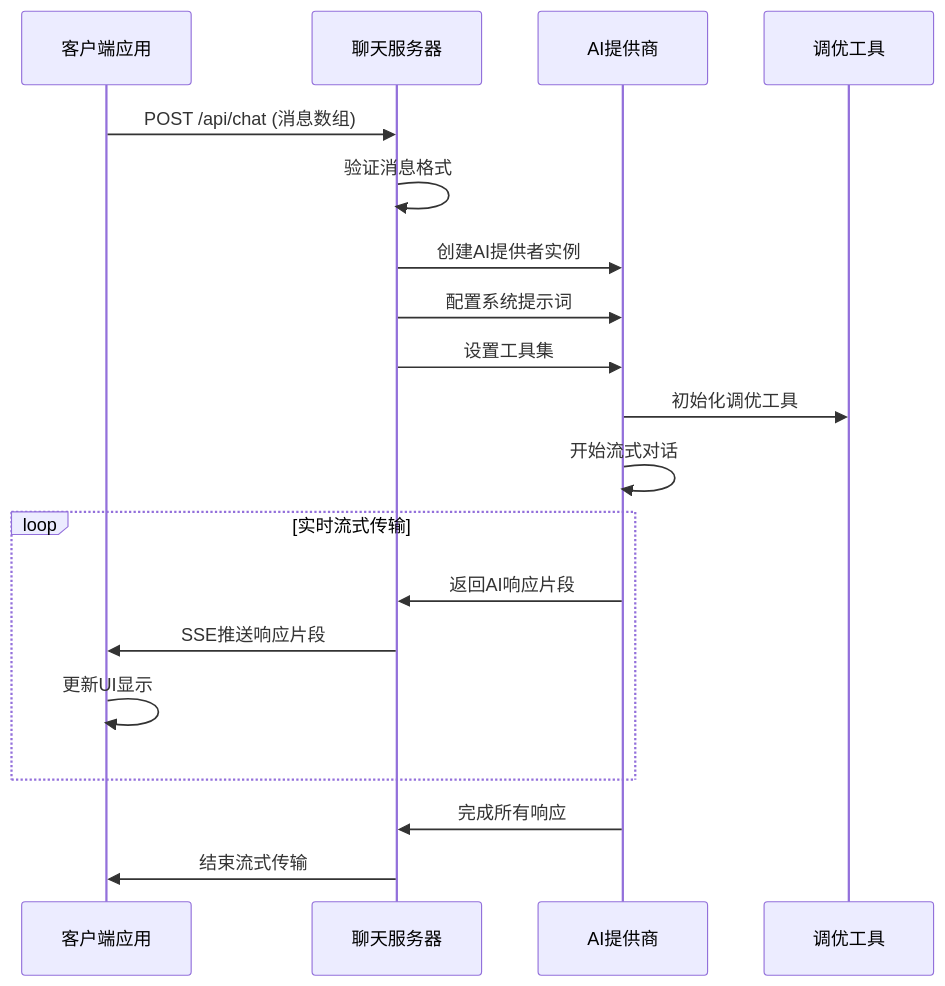
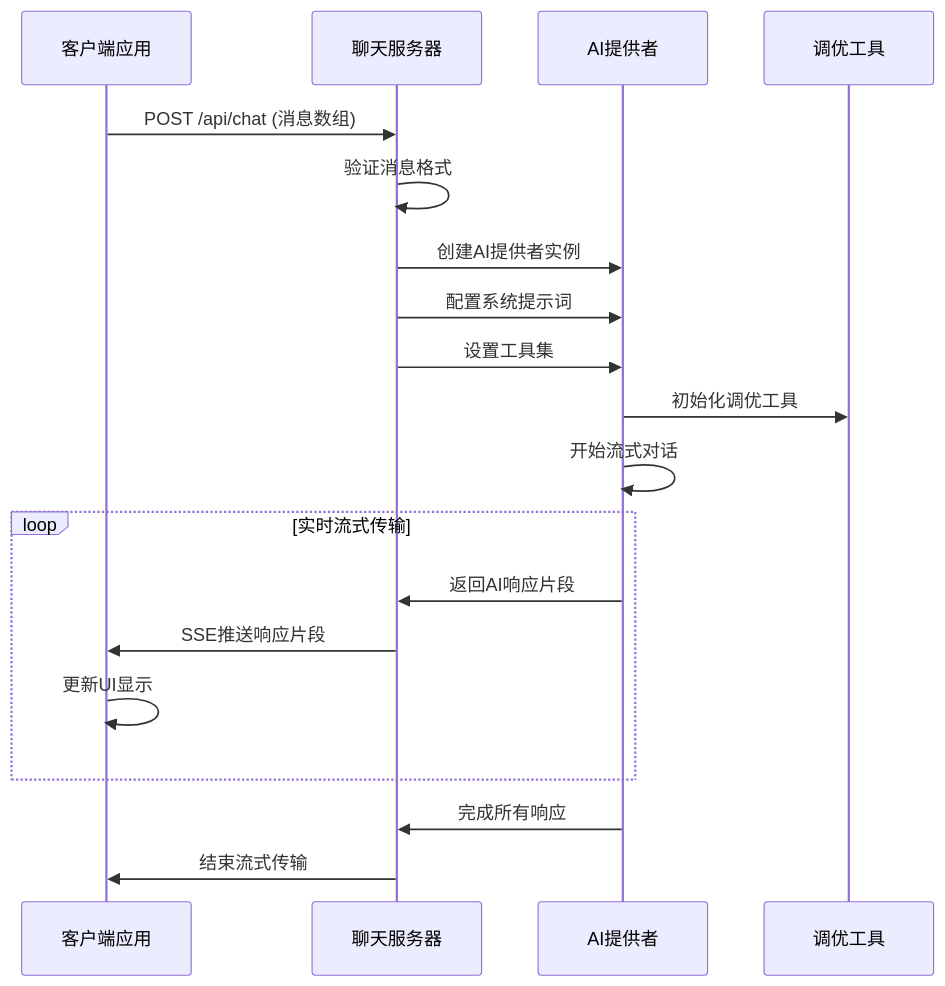
Before and after one commit to aHin0805/FH6CarSettingAgent: the third of 10 diagrams in .qoder/repowiki/zh/content/数据模型/聊天消息模型.md, drawn with Mermaid. The commit also changed other lines of this file and 59 other files, not shown here.

````diff
--- a/.qoder/repowiki/zh/content/数据模型/聊天消息模型.md
+++ b/.qoder/repowiki/zh/content/数据模型/聊天消息模型.md
@@ -133,21 +182,21 @@
 ```mermaid
 sequenceDiagram
 participant Client as 客户端应用
 participant Server as 聊天服务器
-participant AIProvider as AI提供商
+participant AIProvider as AI提供者
 participant Tools as 调优工具
 Client->>Server : POST /api/chat (消息数组)
 Server->>Server : 验证消息格式
 Server->>AIProvider : 创建AI提供者实例
 Server->>AIProvider : 配置系统提示词
 Server->>AIProvider : 设置工具集
 AIProvider->>Tools : 初始化调优工具
 AIProvider->>AIProvider : 开始流式对话
 loop 实时流式传输
 AIProvider->>Server : 返回AI响应片段
 Server->>Client : SSE推送响应片段
 Client->>Client : 更新UI显示
 end
 AIProvider->>Server : 完成所有响应
 Server->>Client : 结束流式传输
 ```
````
